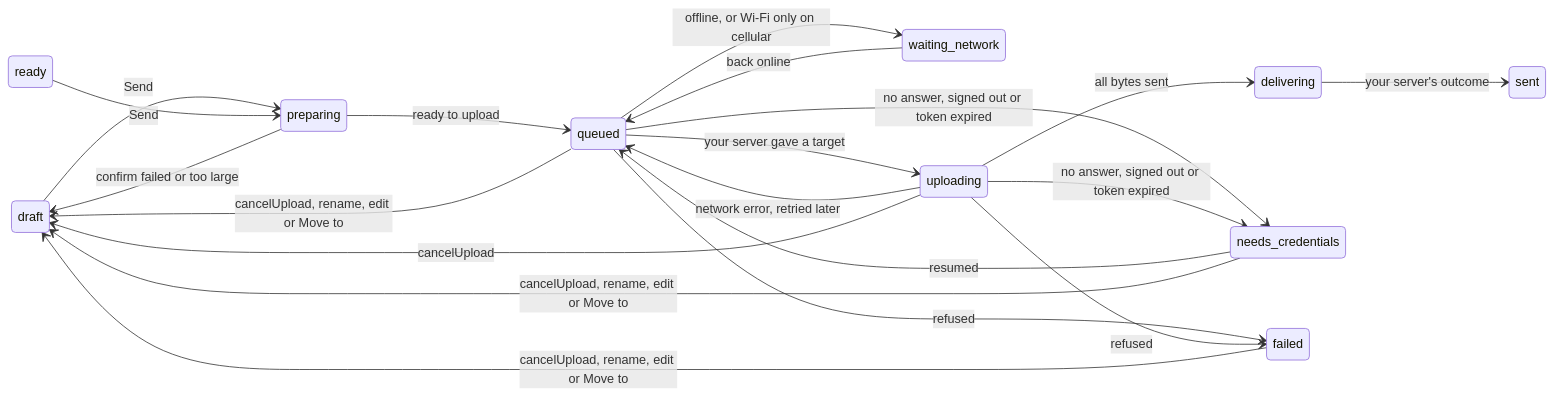
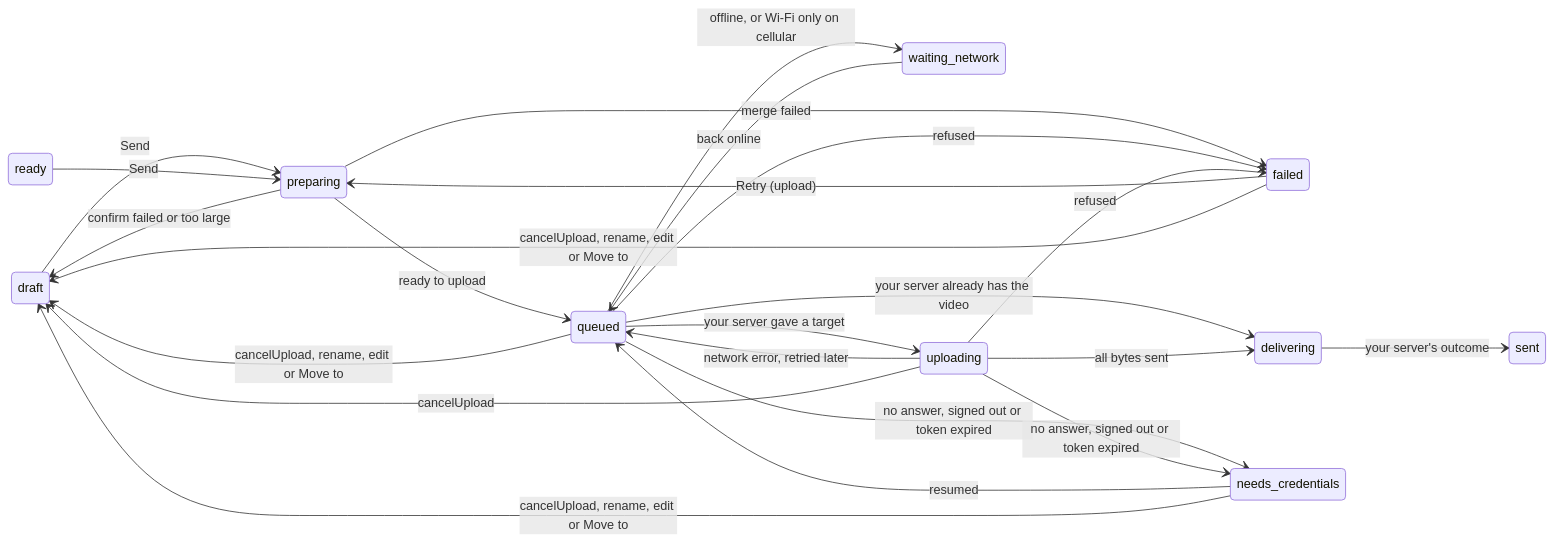
The diagram in docs/embedding/uploads.md (mieweb/pulse), drawn with Mermaid before and after one commit. The commit also changed 4 other files, not shown here.

````diff
--- a/docs/embedding/uploads.md
+++ b/docs/embedding/uploads.md
@@ -133,23 +133,26 @@
 ```mermaid
 stateDiagram-v2
   direction LR
   draft --> preparing: Send
   ready --> preparing: Send
   preparing --> queued: ready to upload
   preparing --> draft: confirm failed or too large
+  preparing --> failed: merge failed
   queued --> waiting_network: offline, or Wi-Fi only on cellular
   waiting_network --> queued: back online
   queued --> uploading: your server gave a target
+  queued --> delivering: your server already has the video
   uploading --> queued: network error, retried later
   uploading --> delivering: all bytes sent
   queued --> needs_credentials: no answer, signed out or token expired
   uploading --> needs_credentials: no answer, signed out or token expired
   needs_credentials --> queued: resumed
   queued --> failed: refused
   uploading --> failed: refused
   delivering --> sent: your server's outcome
   queued --> draft: cancelUpload, rename, edit or Move to
   uploading --> draft: cancelUpload
   needs_credentials --> draft: cancelUpload, rename, edit or Move to
+  failed --> preparing: Retry (upload)
   failed --> draft: cancelUpload, rename, edit or Move to
 ```
````
